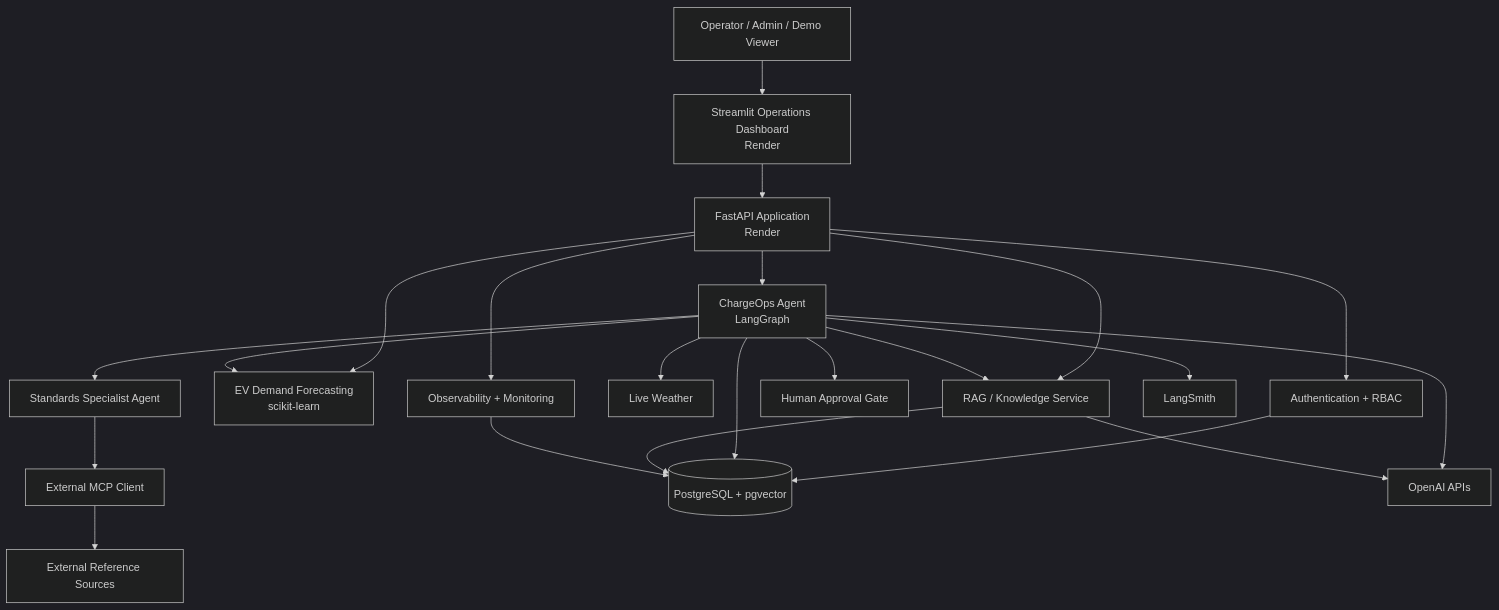
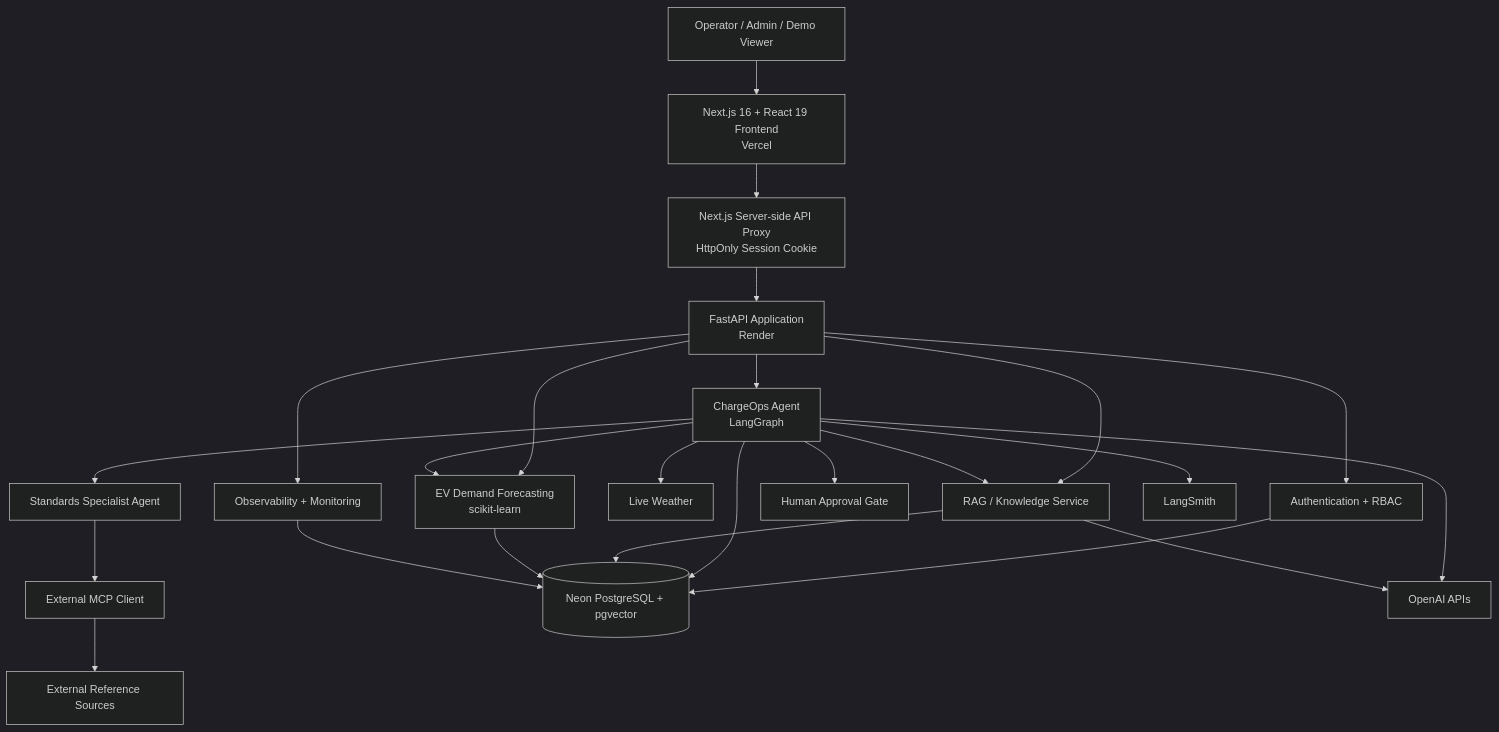
One commit to zrasooli94/ChargeOps-AI changed the diagram in README.md. Above: the diagram before and after it, drawn with Mermaid (dark theme). The commit also changed other lines of this file, not shown here.

Commit message:
update README for Next.js production architecture

````diff
--- a/README.md
+++ b/README.md
@@ -334,51 +411,54 @@
 ```mermaid
 flowchart TB
     User["Operator / Admin / Demo Viewer"]
 
-    UI["Streamlit Operations Dashboard<br/>Render"]
+    UI["Next.js 16 + React 19 Frontend<br/>Vercel"]
+    Proxy["Next.js Server-side API Proxy<br/>HttpOnly Session Cookie"]
     API["FastAPI Application<br/>Render"]
 
     Auth["Authentication + RBAC"]
     Agent["ChargeOps Agent<br/>LangGraph"]
     Forecast["EV Demand Forecasting<br/>scikit-learn"]
     Knowledge["RAG / Knowledge Service"]
     Weather["Live Weather"]
     Standards["Standards Specialist Agent"]
     MCP["External MCP Client"]
     HITL["Human Approval Gate"]
     Monitoring["Observability + Monitoring"]
 
-    DB[("PostgreSQL + pgvector")]
+    DB[("Neon PostgreSQL + pgvector")]
 
     OpenAI["OpenAI APIs"]
     External["External Reference Sources"]
     LangSmith["LangSmith"]
 
     User --> UI
-    UI --> API
+    UI --> Proxy
+    Proxy --> API
 
     API --> Auth
     API --> Agent
     API --> Forecast
     API --> Knowledge
     API --> Monitoring
 
     Agent --> Weather
     Agent --> Knowledge
     Agent --> Forecast
     Agent --> Standards
     Agent --> HITL
 
     Standards --> MCP
     MCP --> External
 
     Agent --> OpenAI
     Knowledge --> OpenAI
 
     Auth --> DB
     Agent --> DB
     Knowledge --> DB
+    Forecast --> DB
     Monitoring --> DB
 
     Agent --> LangSmith
 ```
````
